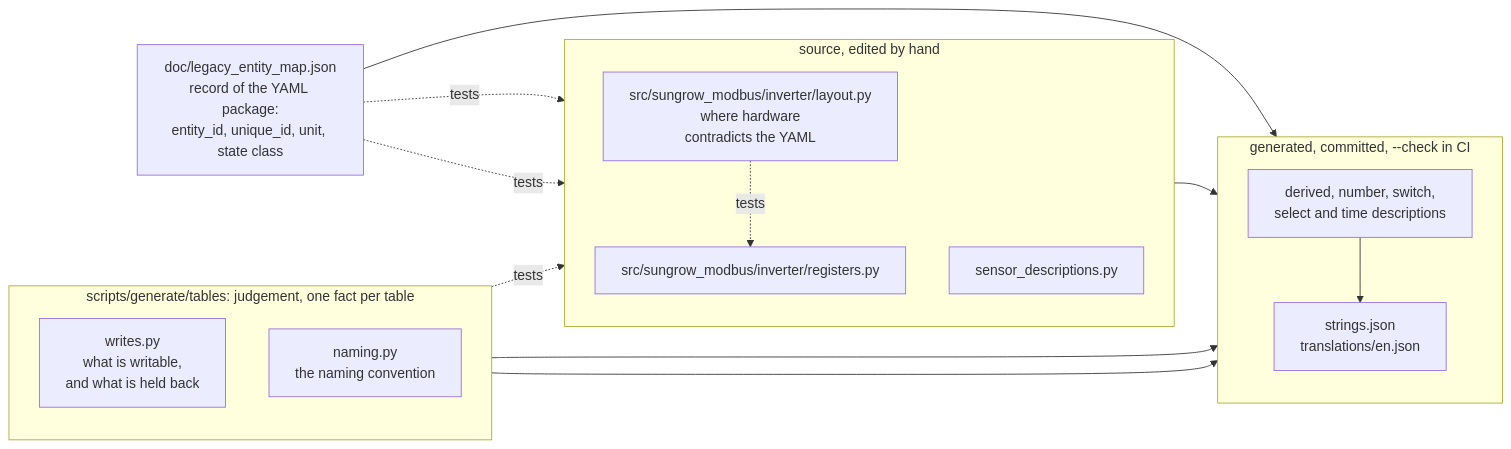
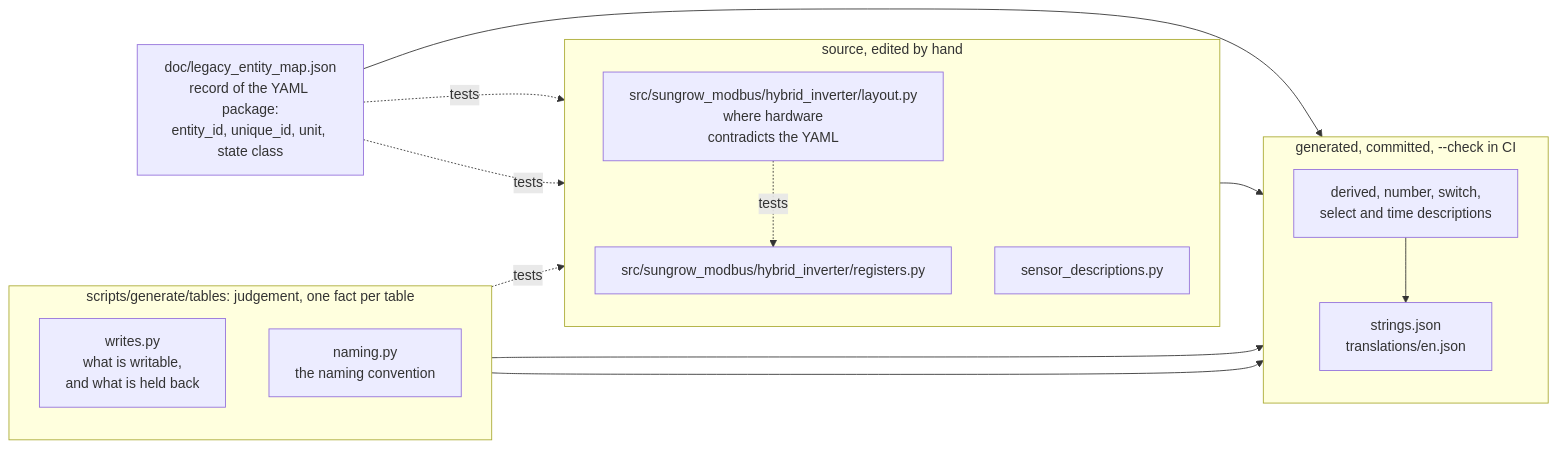
Before and after one commit to mkaiser/Sungrow-SHx-Inverter-Modbus-Home-Assistant: the second of 2 diagrams in doc/architecture.md, drawn with Mermaid. The commit also changed other lines of this file and 168 other files, not shown here.

````diff
--- a/doc/architecture.md
+++ b/doc/architecture.md
@@ -174,33 +174,33 @@
 ```mermaid
 flowchart LR
     map["doc/legacy_entity_map.json<br/>record of the YAML package:<br/>entity_id, unique_id, unit, state class"]
 
     subgraph tables["scripts/generate/tables: judgement, one fact per table"]
         direction TB
         writes["writes.py<br/>what is writable,<br/>and what is held back"]
         naming["naming.py<br/>the naming convention"]
     end
 
     subgraph source["source, edited by hand"]
         direction TB
-        regs["src/sungrow_modbus/inverter/registers.py"]
-        layout["src/sungrow_modbus/inverter/layout.py<br/>where hardware<br/>contradicts the YAML"]
+        regs["src/sungrow_modbus/hybrid_inverter/registers.py"]
+        layout["src/sungrow_modbus/hybrid_inverter/layout.py<br/>where hardware<br/>contradicts the YAML"]
         sensors["sensor_descriptions.py"]
     end
 
     subgraph generated["generated, committed, --check in CI"]
         direction TB
         descs["derived, number, switch,<br/>select and time descriptions"]
         strings["strings.json<br/>translations/en.json"]
     end
 
     map -. "tests" .-> regs
     map -. "tests" .-> sensors
     layout -. "tests" .-> regs
     writes -. "tests" .-> regs
     map --> descs
     writes --> descs
     naming --> strings
     descs --> strings
     sensors --> strings
 ```
````
